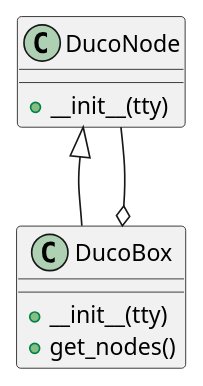
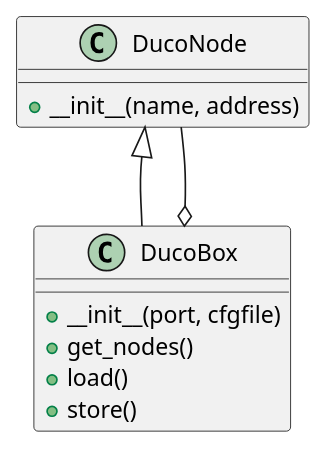
Before and after one commit to SteinHeselmans/DucoBox: the diagram in docs/design.rst, drawn with PlantUML. The commit also changed 2 other files, not shown here.

Commit message:
Add ConfigParser to load/store network configuration

```diff
--- a/docs/design.rst
+++ b/docs/design.rst
@@ -13,17 +13,19 @@
 .. uml::
 
     @startuml
 
     DucoNode <|-- DucoBox
     DucoBox o-- DucoNode
 
     class DucoBox {
-        +__init__(tty)
+        +__init__(port, cfgfile)
         +get_nodes()
+        +load()
+        +store()
     }
 
     class DucoNode {
-        +__init__(tty)
+        +__init__(name, address)
     }
 
     @enduml
```
